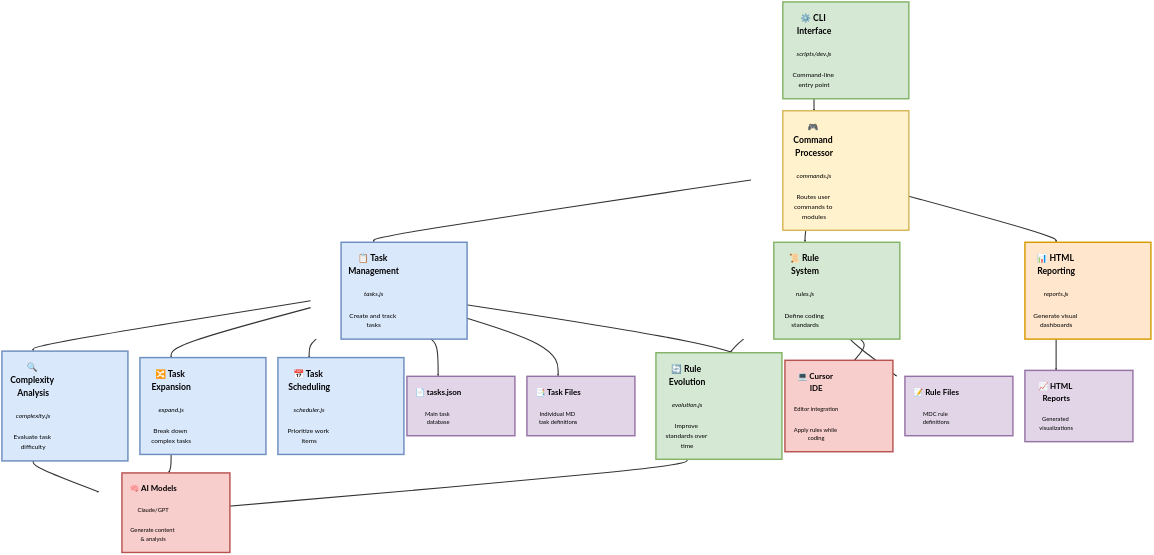
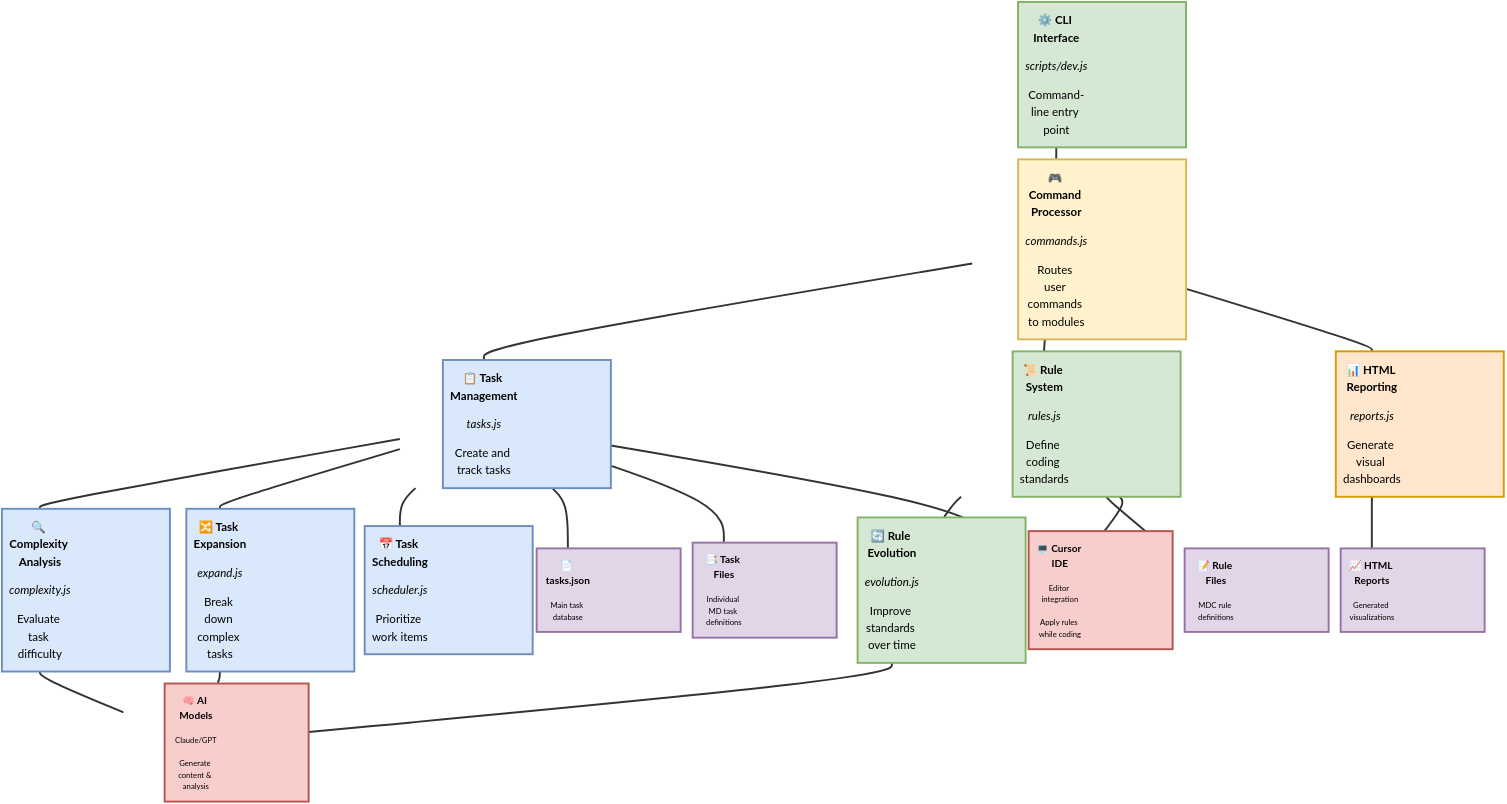
One commit to colours93/cursor_workflow changed the first of 4 diagrams in docs/workflow-guide.md. Above: the diagram before and after it, drawn with Mermaid. The commit also changed other lines of this file, not shown here.

Commit message:
Make diagram components 3x larger for better visibility

````diff
--- a/docs/workflow-guide.md
+++ b/docs/workflow-guide.md
@@ -159,66 +159,66 @@
 ```mermaid
 flowchart TB
     %% Define the main components with clear hierarchy for vertical flow
-    CLI["<div style='font-size:36px; font-weight:bold'>⚙️ CLI Interface</div>
-         <div style='font-size:27px'><i>scripts/dev.js</i></div>
-         <div style='font-size:27px'>Command-line entry point</div>"]
+    CLI["<div style='font-size:48px; font-weight:bold'>⚙️ CLI Interface</div>
+         <div style='font-size:48px'><i>scripts/dev.js</i></div>
+         <div style='font-size:48px'>Command-line entry point</div>"]
     
-    CMD["<div style='font-size:36px; font-weight:bold'>🎮 Command Processor</div>
-         <div style='font-size:27px'><i>commands.js</i></div>
-         <div style='font-size:27px'>Routes user commands to modules</div>"]
+    CMD["<div style='font-size:48px; font-weight:bold'>🎮 Command Processor</div>
+         <div style='font-size:48px'><i>commands.js</i></div>
+         <div style='font-size:48px'>Routes user commands to modules</div>"]
     
     %% Task Management Components
-    TASK["<div style='font-size:36px; font-weight:bold'>📋 Task Management</div>
-          <div style='font-size:27px'><i>tasks.js</i></div>
-          <div style='font-size:27px'>Create and track tasks</div>"]
+    TASK["<div style='font-size:48px; font-weight:bold'>📋 Task Management</div>
+          <div style='font-size:48px'><i>tasks.js</i></div>
+          <div style='font-size:48px'>Create and track tasks</div>"]
     
-    EXPAND["<div style='font-size:36px; font-weight:bold'>🔀 Task Expansion</div>
-            <div style='font-size:27px'><i>expand.js</i></div>
-            <div style='font-size:27px'>Break down complex tasks</div>"]
+    EXPAND["<div style='font-size:48px; font-weight:bold'>🔀 Task Expansion</div>
+            <div style='font-size:48px'><i>expand.js</i></div>
+            <div style='font-size:48px'>Break down complex tasks</div>"]
     
-    CMPLX["<div style='font-size:36px; font-weight:bold'>🔍 Complexity Analysis</div>
-           <div style='font-size:27px'><i>complexity.js</i></div>
-           <div style='font-size:27px'>Evaluate task difficulty</div>"]
+    CMPLX["<div style='font-size:48px; font-weight:bold'>🔍 Complexity Analysis</div>
+           <div style='font-size:48px'><i>complexity.js</i></div>
+           <div style='font-size:48px'>Evaluate task difficulty</div>"]
     
-    SCHED["<div style='font-size:36px; font-weight:bold'>📅 Task Scheduling</div>
-           <div style='font-size:27px'><i>scheduler.js</i></div>
-           <div style='font-size:27px'>Prioritize work items</div>"]
+    SCHED["<div style='font-size:48px; font-weight:bold'>📅 Task Scheduling</div>
+           <div style='font-size:48px'><i>scheduler.js</i></div>
+           <div style='font-size:48px'>Prioritize work items</div>"]
     
     %% Rule System Components
-    RULE["<div style='font-size:36px; font-weight:bold'>📜 Rule System</div>
-          <div style='font-size:27px'><i>rules.js</i></div>
-          <div style='font-size:27px'>Define coding standards</div>"]
+    RULE["<div style='font-size:48px; font-weight:bold'>📜 Rule System</div>
+          <div style='font-size:48px'><i>rules.js</i></div>
+          <div style='font-size:48px'>Define coding standards</div>"]
     
-    EVOL["<div style='font-size:36px; font-weight:bold'>🔄 Rule Evolution</div>
-          <div style='font-size:27px'><i>evolution.js</i></div>
-          <div style='font-size:27px'>Improve standards over time</div>"]
+    EVOL["<div style='font-size:48px; font-weight:bold'>🔄 Rule Evolution</div>
+          <div style='font-size:48px'><i>evolution.js</i></div>
+          <div style='font-size:48px'>Improve standards over time</div>"]
     
     %% Reporting Components
-    REPORT["<div style='font-size:36px; font-weight:bold'>📊 HTML Reporting</div>
-            <div style='font-size:27px'><i>reports.js</i></div>
-            <div style='font-size:27px'>Generate visual dashboards</div>"]
+    REPORT["<div style='font-size:48px; font-weight:bold'>📊 HTML Reporting</div>
+            <div style='font-size:48px'><i>reports.js</i></div>
+            <div style='font-size:48px'>Generate visual dashboards</div>"]
     
     %% Storage Components
-    JSON["<div style='font-size:33px; font-weight:bold'>📄 tasks.json</div>
-          <div style='font-size:24px'>Main task database</div>"]
+    JSON["<div style='font-size:42px; font-weight:bold'>📄 tasks.json</div>
+          <div style='font-size:32px'>Main task database</div>"]
     
-    TASKFILES["<div style='font-size:33px; font-weight:bold'>📑 Task Files</div>
-               <div style='font-size:24px'>Individual MD task definitions</div>"]
+    TASKFILES["<div style='font-size:42px; font-weight:bold'>📑 Task Files</div>
+               <div style='font-size:32px'>Individual MD task definitions</div>"]
     
-    RULEFILES["<div style='font-size:33px; font-weight:bold'>📝 Rule Files</div>
-               <div style='font-size:24px'>MDC rule definitions</div>"]
+    RULEFILES["<div style='font-size:42px; font-weight:bold'>📝 Rule Files</div>
+               <div style='font-size:32px'>MDC rule definitions</div>"]
     
-    HTML["<div style='font-size:33px; font-weight:bold'>📈 HTML Reports</div>
-          <div style='font-size:24px'>Generated visualizations</div>"]
+    HTML["<div style='font-size:42px; font-weight:bold'>📈 HTML Reports</div>
+          <div style='font-size:32px'>Generated visualizations</div>"]
     
     %% External System Components
-    AI["<div style='font-size:33px; font-weight:bold'>🧠 AI Models</div>
-        <div style='font-size:24px'>Claude/GPT</div>
-        <div style='font-size:24px'>Generate content & analysis</div>"]
+    AI["<div style='font-size:42px; font-weight:bold'>🧠 AI Models</div>
+        <div style='font-size:32px'>Claude/GPT</div>
+        <div style='font-size:32px'>Generate content & analysis</div>"]
     
-    IDE["<div style='font-size:33px; font-weight:bold'>💻 Cursor IDE</div>
-         <div style='font-size:24px'>Editor integration</div>
-         <div style='font-size:24px'>Apply rules while coding</div>"]
+    IDE["<div style='font-size:42px; font-weight:bold'>💻 Cursor IDE</div>
+         <div style='font-size:32px'>Editor integration</div>
+         <div style='font-size:32px'>Apply rules while coding</div>"]
     
     %% Define vertical connections - critical for TB flow
     CLI --> CMD
@@ -253,14 +253,14 @@
     RULE --> IDE
     TASK --> IDE
     
-    %% Style definitions - LARGER width (1.5x) for bigger components
-    classDef cliNode fill:#d5e8d4,stroke:#82b366,stroke-width:6px,color:black,width:525px,padding:30px,border-radius:22px;
-    classDef cmdNode fill:#fff2cc,stroke:#d6b656,stroke-width:6px,color:black,width:525px,padding:30px,border-radius:22px;
-    classDef taskNode fill:#dae8fc,stroke:#6c8ebf,stroke-width:6px,color:black,width:525px,padding:30px,border-radius:22px;
-    classDef ruleNode fill:#d5e8d4,stroke:#82b366,stroke-width:6px,color:black,width:525px,padding:30px,border-radius:22px;
-    classDef reportNode fill:#ffe6cc,stroke:#d79b00,stroke-width:6px,color:black,width:525px,padding:30px,border-radius:22px;
-    classDef storageNode fill:#e1d5e7,stroke:#9673a6,stroke-width:6px,color:black,width:450px,padding:22px,border-radius:22px;
-    classDef externalNode fill:#f8cecc,stroke:#b85450,stroke-width:6px,color:black,width:450px,padding:22px,border-radius:22px;
+    %% Style definitions - SUPER SIZED (3x) for massive components while keeping vertical flow
+    classDef cliNode fill:#d5e8d4,stroke:#82b366,stroke-width:8px,color:black,width:700px,padding:45px,border-radius:30px;
+    classDef cmdNode fill:#fff2cc,stroke:#d6b656,stroke-width:8px,color:black,width:700px,padding:45px,border-radius:30px;
+    classDef taskNode fill:#dae8fc,stroke:#6c8ebf,stroke-width:8px,color:black,width:700px,padding:45px,border-radius:30px;
+    classDef ruleNode fill:#d5e8d4,stroke:#82b366,stroke-width:8px,color:black,width:700px,padding:45px,border-radius:30px;
+    classDef reportNode fill:#ffe6cc,stroke:#d79b00,stroke-width:8px,color:black,width:700px,padding:45px,border-radius:30px;
+    classDef storageNode fill:#e1d5e7,stroke:#9673a6,stroke-width:8px,color:black,width:600px,padding:36px,border-radius:30px;
+    classDef externalNode fill:#f8cecc,stroke:#b85450,stroke-width:8px,color:black,width:600px,padding:36px,border-radius:30px;
     
     %% Apply styles to nodes
     class CLI cliNode;
@@ -272,5 +272,5 @@
     class AI,IDE externalNode;
     
     %% Link styling
-    linkStyle default stroke:#333,stroke-width:4.5px;
+    linkStyle default stroke:#333,stroke-width:8px;
 ```
````
